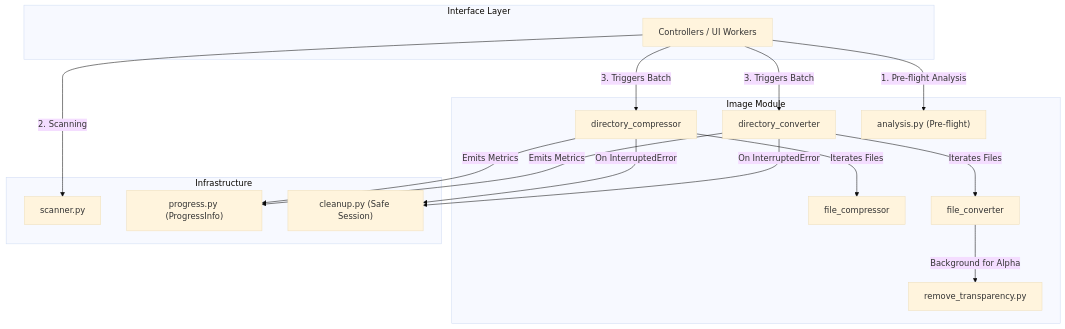
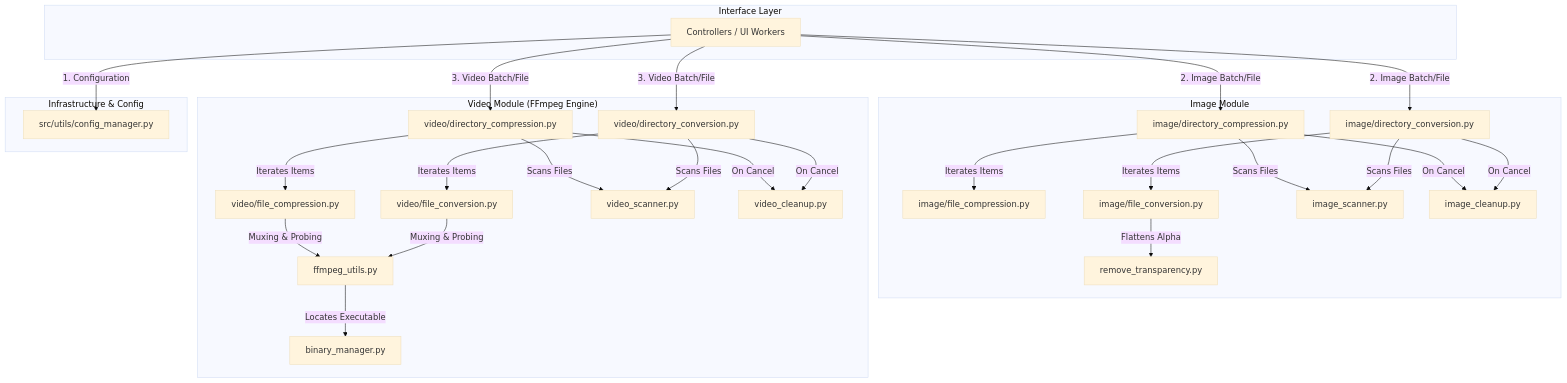
Before and after one commit to brunothinker/FallByte: the third of 4 diagrams in ARCHITECTURE.md, drawn with Mermaid (base theme). The commit also changed other lines of this file and 1 other file, not shown here.

First line of the commit message:
fix(build): align binary path structure with binary manager and update architecture docs

````diff
--- a/ARCHITECTURE.md
+++ b/ARCHITECTURE.md
@@ -183,38 +203,56 @@
 ```mermaid
 graph TD
 
 subgraph UI["Interface Layer"]
     CTRL["Controllers / UI Workers"]
 end
 
 subgraph ImageDomain["Image Module"]
-    DIR_COMP["directory_compressor"]
-    FILE_COMP["file_compressor"]
-    DIR_CONV["directory_converter"]
-    FILE_CONV["file_converter"]
-    ANALYSIS["analysis.py (Pre-flight)"]
-    TRANS["remove_transparency.py"]
+    IMG_DIR_COMP["image/directory_compression.py"]
+    IMG_FILE_COMP["image/file_compression.py"]
+    IMG_DIR_CONV["image/directory_conversion.py"]
+    IMG_FILE_CONV["image/file_conversion.py"]
+    IMG_TRANS["remove_transparency.py"]
+    IMG_SCAN["image_scanner.py"]
+    IMG_CLEAN["image_cleanup.py"]
 end
 
-subgraph InfraUtils["Infrastructure"]
-    SCAN["scanner.py"]
-    PROG["progress.py (ProgressInfo)"]
-    CLEAN["cleanup.py (Safe Session)"]
+subgraph VideoDomain["Video Module (FFmpeg Engine)"]
+    VID_DIR_COMP["video/directory_compression.py"]
+    VID_FILE_COMP["video/file_compression.py"]
+    VID_DIR_CONV["video/directory_conversion.py"]
+    VID_FILE_CONV["video/file_conversion.py"]
+    FFMPEG_HELP["ffmpeg_utils.py"]
+    BIN_MGR["binary_manager.py"]
+    VID_SCAN["video_scanner.py"]
+    VID_CLEAN["video_cleanup.py"]
 end
 
-CTRL -->|"1. Pre-flight Analysis"| ANALYSIS
-CTRL -->|"2. Scanning"| SCAN
-CTRL -->|"3. Triggers Batch"| DIR_COMP
-CTRL -->|"3. Triggers Batch"| DIR_CONV
+subgraph InfraUtils["Infrastructure & Config"]
+    CFG_MGR["src/utils/config_manager.py"]
+end
 
-DIR_COMP -->|"Iterates Files"| FILE_COMP
-DIR_CONV -->|"Iterates Files"| FILE_CONV
+CTRL -->|"1. Configuration"| CFG_MGR
 
-FILE_CONV -->|"Background for Alpha"| TRANS
+CTRL -->|"2. Image Batch/File"| IMG_DIR_COMP
+CTRL -->|"2. Image Batch/File"| IMG_DIR_CONV
+IMG_DIR_COMP -->|"Scans Files"| IMG_SCAN
+IMG_DIR_CONV -->|"Scans Files"| IMG_SCAN
+IMG_DIR_COMP -->|"Iterates Items"| IMG_FILE_COMP
+IMG_DIR_CONV -->|"Iterates Items"| IMG_FILE_CONV
+IMG_FILE_CONV -->|"Flattens Alpha"| IMG_TRANS
+IMG_DIR_COMP -->|"On Cancel"| IMG_CLEAN
+IMG_DIR_CONV -->|"On Cancel"| IMG_CLEAN
 
-DIR_COMP -->|"Emits Metrics"| PROG
-DIR_CONV -->|"Emits Metrics"| PROG
-
-DIR_COMP -->|"On InterruptedError"| CLEAN
-DIR_CONV -->|"On InterruptedError"| CLEAN
+CTRL -->|"3. Video Batch/File"| VID_DIR_COMP
+CTRL -->|"3. Video Batch/File"| VID_DIR_CONV
+VID_DIR_COMP -->|"Scans Files"| VID_SCAN
+VID_DIR_CONV -->|"Scans Files"| VID_SCAN
+VID_DIR_COMP -->|"Iterates Items"| VID_FILE_COMP
+VID_DIR_CONV -->|"Iterates Items"| VID_FILE_CONV
+VID_FILE_COMP -->|"Muxing & Probing"| FFMPEG_HELP
+VID_FILE_CONV -->|"Muxing & Probing"| FFMPEG_HELP
+FFMPEG_HELP -->|"Locates Executable"| BIN_MGR
+VID_DIR_COMP -->|"On Cancel"| VID_CLEAN
+VID_DIR_CONV -->|"On Cancel"| VID_CLEAN
 ```
````
